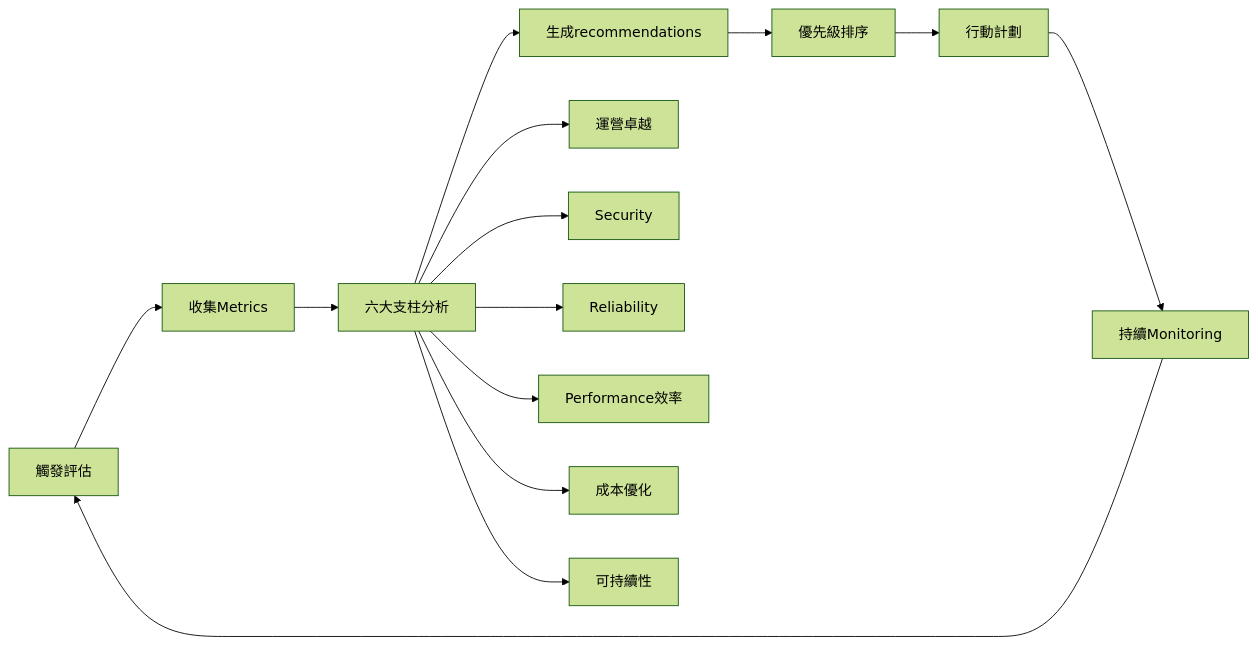
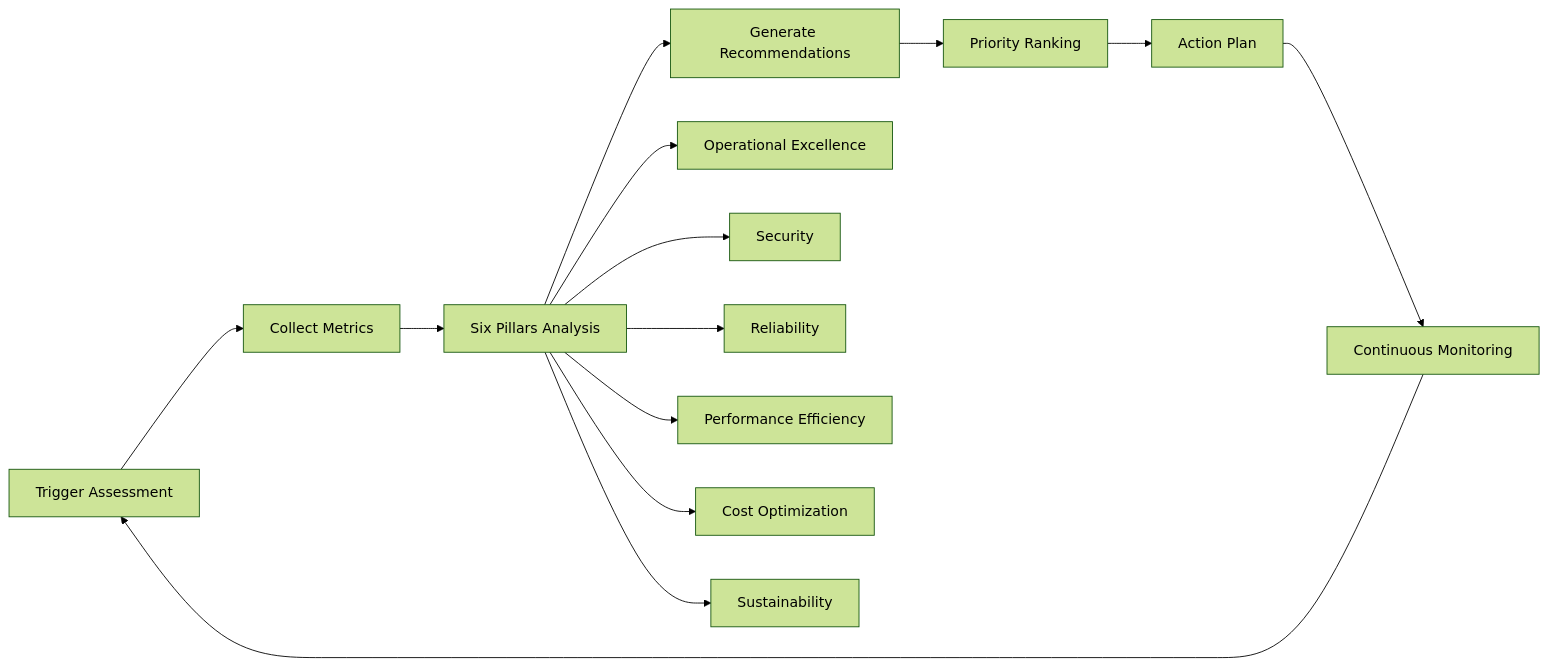
One commit to humank/genai-demo changed the second of 2 diagrams in docs/en/architecture/mcp-integration-importance.md. Above: the diagram before and after it, drawn with Mermaid (forest theme). The commit also changed other lines of this file and 325 other files, not shown here.

````diff
--- a/docs/en/architecture/mcp-integration-importance.md
+++ b/docs/en/architecture/mcp-integration-importance.md
@@ -125,17 +124,17 @@
 ```mermaid
 flowchart LR
-    A[觸發評估] --> B[收集Metrics]
-    B --> C[六大支柱分析]
-    C --> D[生成recommendations]
-    D --> E[優先級排序]
-    E --> F[行動計劃]
-    F --> G[持續Monitoring]
+    A[Trigger Assessment] --> B[Collect Metrics]
+    B --> C[Six Pillars Analysis]
+    C --> D[Generate Recommendations]
+    D --> E[Priority Ranking]
+    E --> F[Action Plan]
+    F --> G[Continuous Monitoring]
     G --> A
     
-    C --> C1[運營卓越]
+    C --> C1[Operational Excellence]
     C --> C2[Security]
     C --> C3[Reliability]
-    C --> C4[Performance效率]
-    C --> C5[成本優化]
-    C --> C6[可持續性]
+    C --> C4[Performance Efficiency]
+    C --> C5[Cost Optimization]
+    C --> C6[Sustainability]
 ```
````
